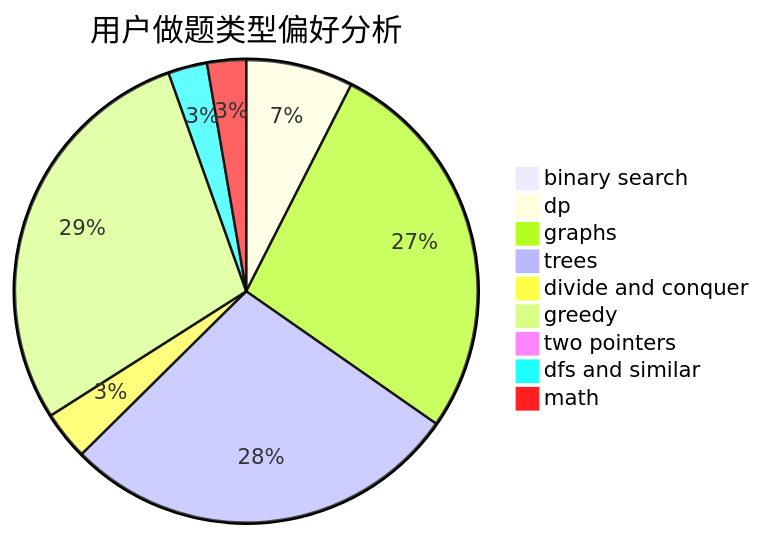
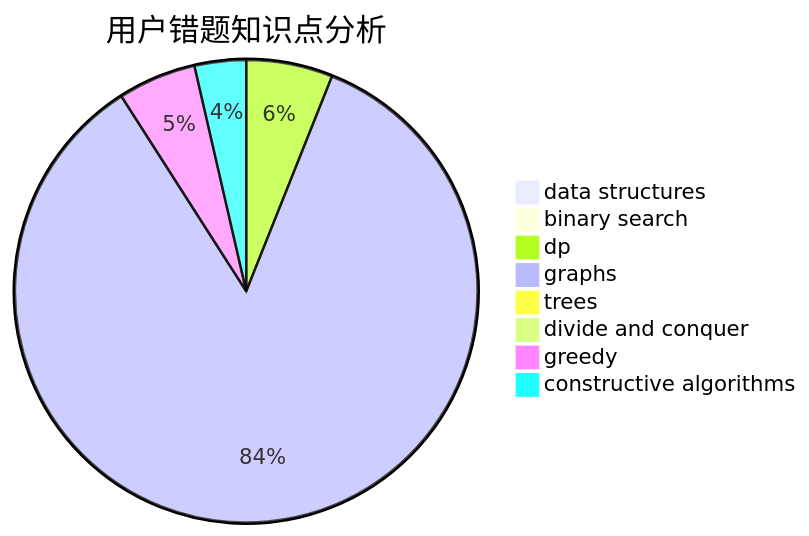
Before and after one commit to sherpahu/cfrs.github.io: the third of 3 diagrams in docs/user/u443.md, drawn with Mermaid. The commit also changed other lines of this file and 2775 other files, not shown here.

````diff
--- a/docs/user/u443.md
+++ b/docs/user/u443.md
@@ -23,12 +36,11 @@
 ```mermaid
-pie title 用户做题类型偏好分析
-    "binary search" :  0
-    "dp" :  11
-    "graphs" :  40
-    "trees" :  41
-    "divide and conquer" :  5
-    "greedy" :  42
-    "two pointers" :  0
-    "dfs and similar" :  4
-    "math" :  4
+pie title 用户错题知识点分析
+    "data structures" :  3
+    "binary search" :  4
+    "dp" :  42
+    "graphs" :  590
+    "trees" :  0
+    "divide and conquer" :  0
+    "greedy" :  38
+    "constructive algorithms" :  25
 ```
````
